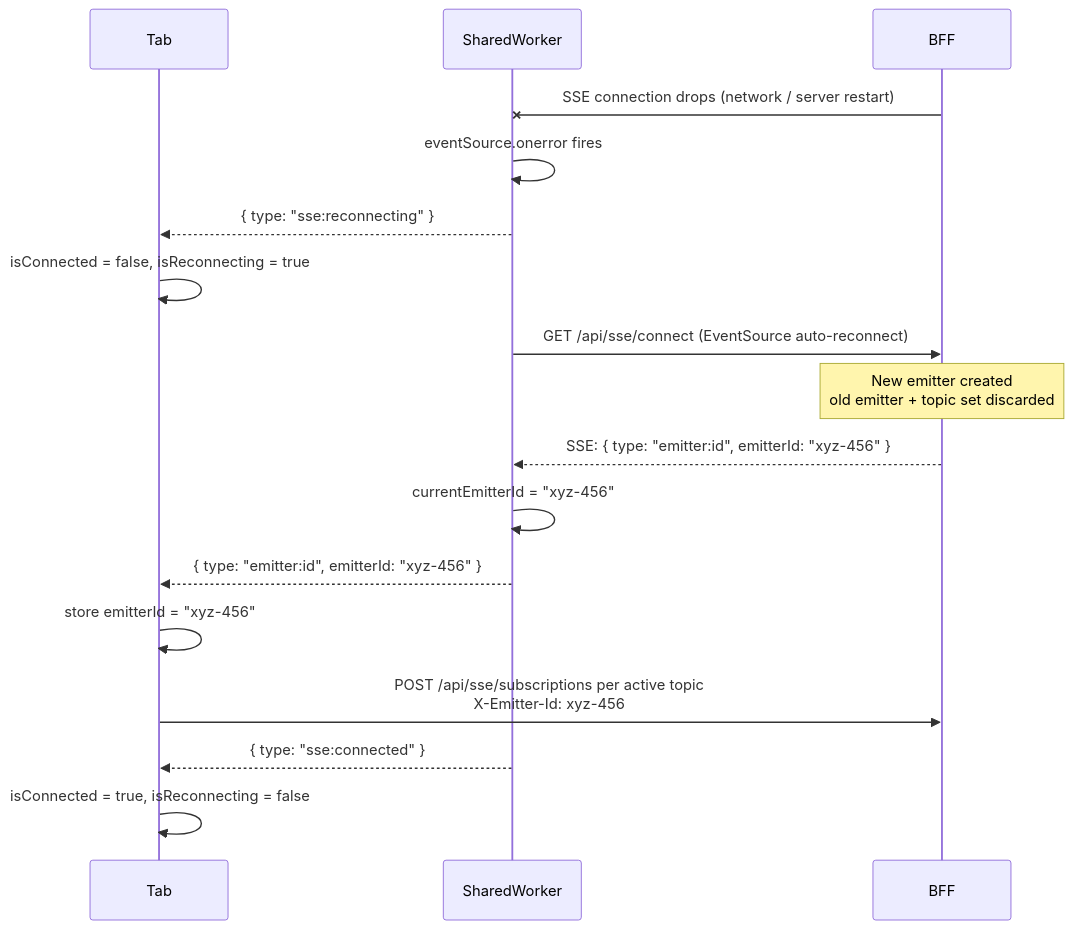
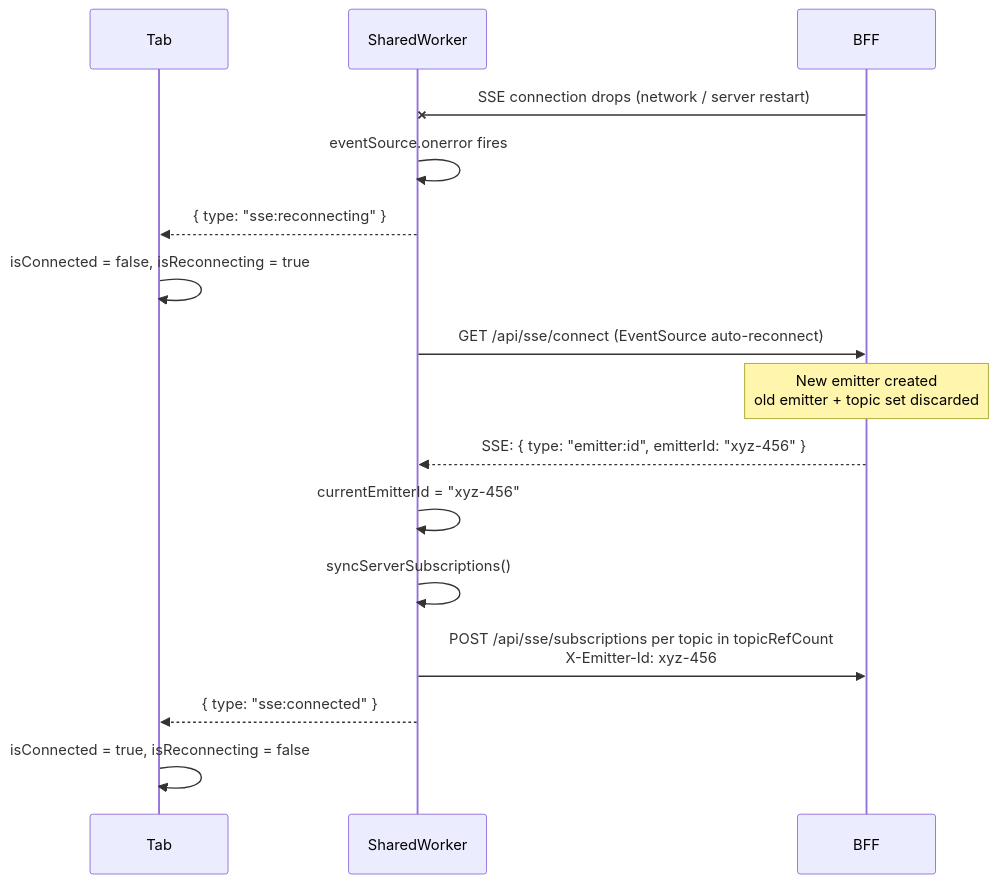
Before and after one commit to iarroyo/sse-demo: the fifth of 7 diagrams in SSE-DIAGRAMS.md, drawn with Mermaid. The commit also changed other lines of this file and 2 other files, not shown here.

First line of the commit message:
docs(sse): reflect REST subscription calls moved to SharedWorker

````diff
--- a/SSE-DIAGRAMS.md
+++ b/SSE-DIAGRAMS.md
@@ -118,22 +122,21 @@
 ```mermaid
 sequenceDiagram
     participant Tab
     participant Worker as SharedWorker
     participant Server as BFF
 
     Server-xWorker: SSE connection drops (network / server restart)
     Worker->>Worker: eventSource.onerror fires
     Worker-->>Tab: { type: "sse:reconnecting" }
     Tab->>Tab: isConnected = false, isReconnecting = true
 
     Worker->>Server: GET /api/sse/connect (EventSource auto-reconnect)
     Note over Server: New emitter created<br/>old emitter + topic set discarded
     Server-->>Worker: SSE: { type: "emitter:id", emitterId: "xyz-456" }
     Worker->>Worker: currentEmitterId = "xyz-456"
-    Worker-->>Tab: { type: "emitter:id", emitterId: "xyz-456" }
-    Tab->>Tab: store emitterId = "xyz-456"
-    Tab->>Server: POST /api/sse/subscriptions per active topic<br/>X-Emitter-Id: xyz-456
+    Worker->>Worker: syncServerSubscriptions()
+    Worker->>Server: POST /api/sse/subscriptions per topic in topicRefCount<br/>X-Emitter-Id: xyz-456
 
     Worker-->>Tab: { type: "sse:connected" }
     Tab->>Tab: isConnected = true, isReconnecting = false
 ```
````
